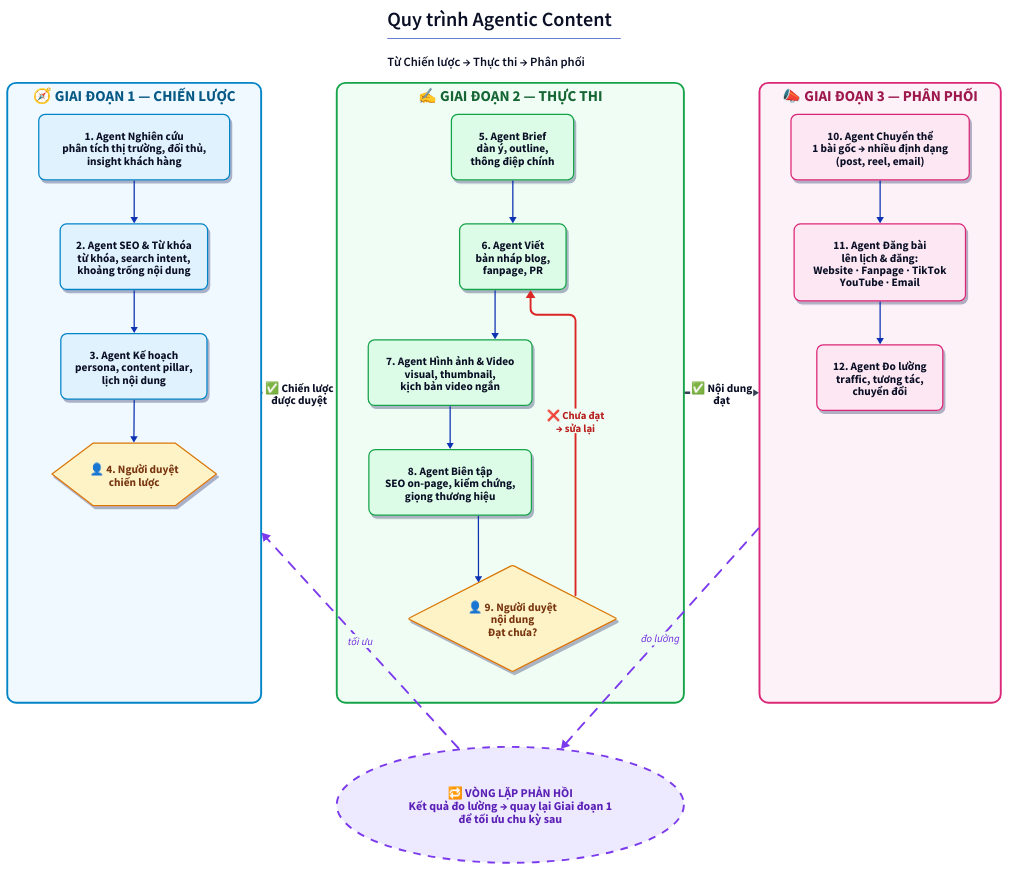
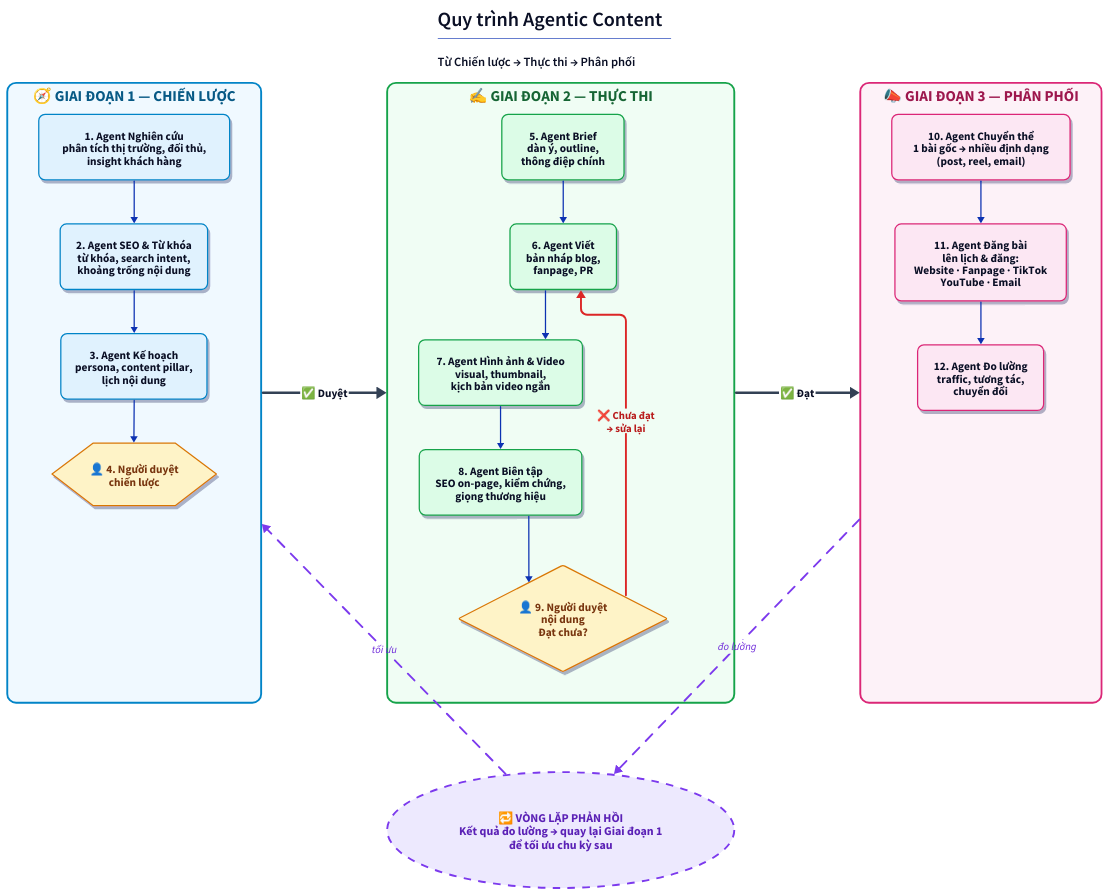
One commit to kindcontent/kindcontent changed the diagram in diagram-tools/03-d2/quy-trinh-agentic-content.d2. Above: the diagram before and after it, drawn with D2. The commit also changed 12 other files, not shown here.

First line of the commit message:
diagram-tools: update test outputs (in progress)

```diff
--- a/diagram-tools/03-d2/quy-trinh-agentic-content.d2
+++ b/diagram-tools/03-d2/quy-trinh-agentic-content.d2
@@ -1,83 +1,83 @@
 # Quy trình Agentic Content — vẽ bằng D2 (https://d2lang.com)
 # Bố cục: lưới 3 cột (3 giai đoạn) + hàng dưới cho vòng lặp phản hồi.
 vars: {
   d2-config: {
     layout-engine: elk
   }
 }
 
 grid-rows: 2
 grid-columns: 3
-horizontal-gap: 120
-vertical-gap: 70
+horizontal-gap: 200
+vertical-gap: 110
 
 title: |md
   # Quy trình Agentic Content
   ### Từ Chiến lược → Thực thi → Phân phối
 | {near: top-center}
 
 classes: {
   agent: {
     style: {border-radius: 10; font-size: 18; stroke-width: 2; shadow: true}
   }
   human: {
     shape: hexagon
     style: {fill: "#FEF3C7"; stroke: "#D97706"; font-color: "#78350F"; stroke-width: 2; font-size: 18; shadow: true}
   }
   phase: {
     style: {font-size: 24; stroke-width: 3; border-radius: 14; bold: true}
   }
   ghost: {
     style: {opacity: 0}
   }
 }
 
 s1: "🧭 GIAI ĐOẠN 1 — CHIẾN LƯỢC" {
   class: phase
   direction: down
   style: {fill: "#F0F9FF"; stroke: "#0284C7"; font-color: "#075985"}
   a1: "1. Agent Nghiên cứu\nphân tích thị trường, đối thủ,\ninsight khách hàng" {class: agent; style.fill: "#E0F2FE"; style.stroke: "#0284C7"}
   a2: "2. Agent SEO & Từ khóa\ntừ khóa, search intent,\nkhoảng trống nội dung" {class: agent; style.fill: "#E0F2FE"; style.stroke: "#0284C7"}
   a3: "3. Agent Kế hoạch\npersona, content pillar,\nlịch nội dung" {class: agent; style.fill: "#E0F2FE"; style.stroke: "#0284C7"}
   h1: "👤 4. Người duyệt\nchiến lược" {class: human}
   a1 -> a2 -> a3 -> h1
 }
 
 s2: "✍️ GIAI ĐOẠN 2 — THỰC THI" {
   class: phase
   direction: down
   style: {fill: "#F0FDF4"; stroke: "#16A34A"; font-color: "#166534"}
   b5: "5. Agent Brief\ndàn ý, outline,\nthông điệp chính" {class: agent; style.fill: "#DCFCE7"; style.stroke: "#16A34A"}
   b6: "6. Agent Viết\nbản nháp blog,\nfanpage, PR" {class: agent; style.fill: "#DCFCE7"; style.stroke: "#16A34A"}
   b7: "7. Agent Hình ảnh & Video\nvisual, thumbnail,\nkịch bản video ngắn" {class: agent; style.fill: "#DCFCE7"; style.stroke: "#16A34A"}
   b8: "8. Agent Biên tập\nSEO on-page, kiểm chứng,\ngiọng thương hiệu" {class: agent; style.fill: "#DCFCE7"; style.stroke: "#16A34A"}
   h2: "👤 9. Người duyệt\nnội dung\nĐạt chưa?" {
     shape: diamond
     style: {fill: "#FEF3C7"; stroke: "#D97706"; font-color: "#78350F"; stroke-width: 2; font-size: 18; shadow: true}
   }
   b5 -> b6 -> b7 -> b8 -> h2
   h2 -> b6: "❌ Chưa đạt\n→ sửa lại" {style: {stroke: "#DC2626"; stroke-width: 3; font-color: "#B91C1C"; font-size: 17; italic: false; bold: true}}
 }
 
 s3: "📣 GIAI ĐOẠN 3 — PHÂN PHỐI" {
   class: phase
   direction: down
   style: {fill: "#FDF2F8"; stroke: "#DB2777"; font-color: "#9D174D"}
   c10: "10. Agent Chuyển thể\n1 bài gốc → nhiều định dạng\n(post, reel, email)" {class: agent; style.fill: "#FCE7F3"; style.stroke: "#DB2777"}
   c11: "11. Agent Đăng bài\nlên lịch & đăng:\nWebsite · Fanpage · TikTok\nYouTube · Email" {class: agent; style.fill: "#FCE7F3"; style.stroke: "#DB2777"}
   c12: "12. Agent Đo lường\ntraffic, tương tác,\nchuyển đổi" {class: agent; style.fill: "#FCE7F3"; style.stroke: "#DB2777"}
   c10 -> c11 -> c12
 }
 
 # Hàng dưới: ô trống – vòng lặp – ô trống
 g1: "" {class: ghost}
 loop: "🔁 VÒNG LẶP PHẢN HỒI\nKết quả đo lường → quay lại Giai đoạn 1\nđể tối ưu chu kỳ sau" {
   shape: oval
   style: {fill: "#EDE9FE"; stroke: "#7C3AED"; font-color: "#5B21B6"; stroke-width: 3; font-size: 19; stroke-dash: 4}
 }
 g2: "" {class: ghost}
 
-s1 -> s2: "✅ Chiến lược\nđược duyệt" {style: {stroke-width: 4; font-size: 18; stroke: "#334155"; bold: true; italic: false}}
-s2 -> s3: "✅ Nội dung\nđạt" {style: {stroke-width: 4; font-size: 18; stroke: "#334155"; bold: true; italic: false}}
+s1 -> s2: "✅ Duyệt" {style: {stroke-width: 4; font-size: 18; stroke: "#334155"; bold: true; italic: false}}
+s2 -> s3: "✅ Đạt" {style: {stroke-width: 4; font-size: 18; stroke: "#334155"; bold: true; italic: false}}
 s3 -> loop: "đo lường" {style: {stroke: "#7C3AED"; stroke-dash: 5; stroke-width: 3; font-color: "#6D28D9"; font-size: 17}}
 loop -> s1: "tối ưu" {style: {stroke: "#7C3AED"; stroke-dash: 5; stroke-width: 3; font-color: "#6D28D9"; font-size: 17}}
```
